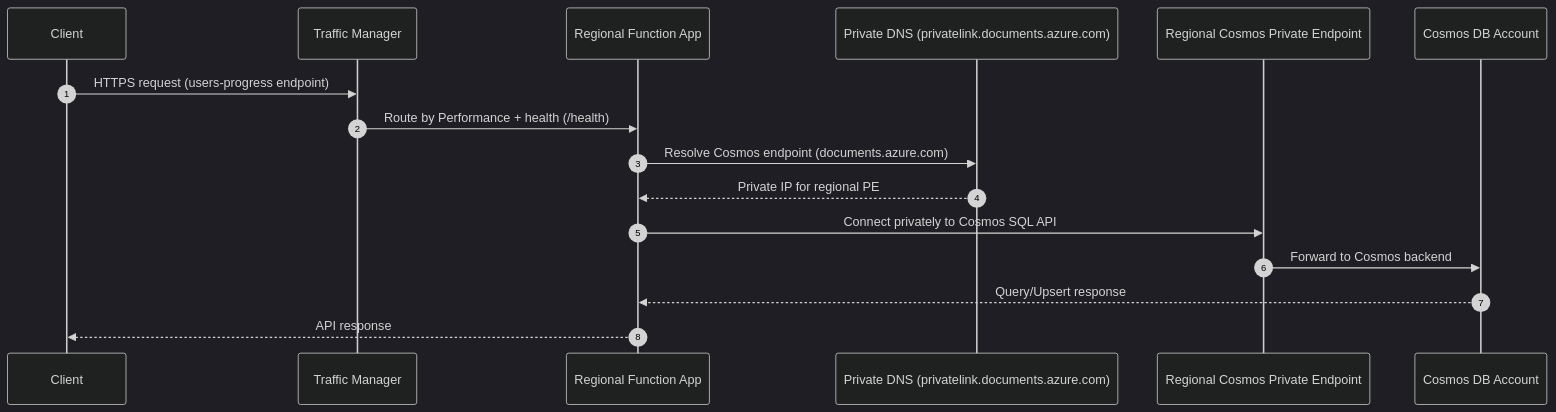
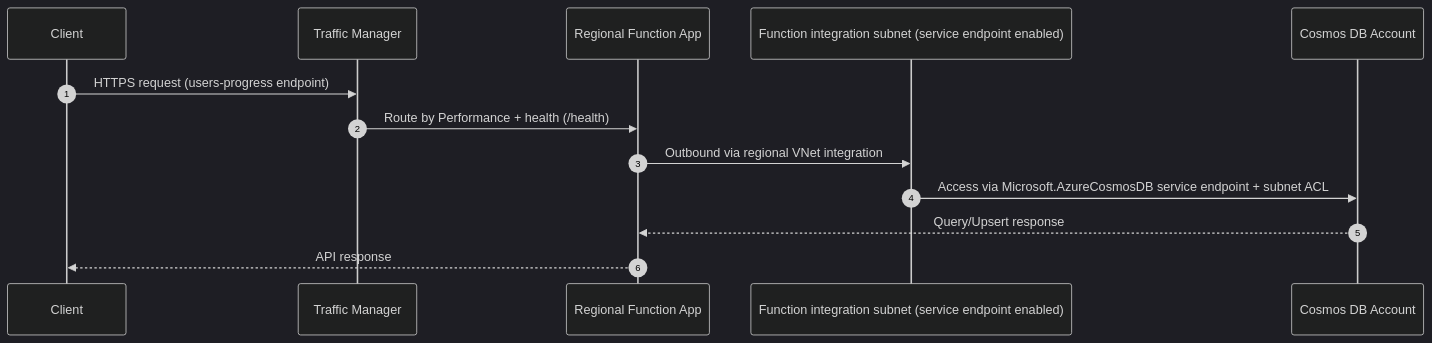
Before and after one commit to Mateus-Mannes/WriteFluency: the second of 4 diagrams in infra/users-progress/ARCHITECTURE.md, drawn with Mermaid (dark theme). The commit also changed other lines of this file and 5 other files, not shown here.

Commit message:
Migrate Cosmos networking to service endpoints and remove private endpoints

````diff
--- a/infra/users-progress/ARCHITECTURE.md
+++ b/infra/users-progress/ARCHITECTURE.md
@@ -75,19 +63,16 @@
 ```mermaid
 sequenceDiagram
   autonumber
   participant C as Client
   participant TM as Traffic Manager
   participant F as Regional Function App
-  participant DNS as Private DNS (privatelink.documents.azure.com)
-  participant PE as Regional Cosmos Private Endpoint
+  participant VNET as Function integration subnet (service endpoint enabled)
   participant COS as Cosmos DB Account
 
   C->>TM: HTTPS request (users-progress endpoint)
   TM->>F: Route by Performance + health (/health)
-  F->>DNS: Resolve Cosmos endpoint (documents.azure.com)
-  DNS-->>F: Private IP for regional PE
-  F->>PE: Connect privately to Cosmos SQL API
-  PE->>COS: Forward to Cosmos backend
+  F->>VNET: Outbound via regional VNet integration
+  VNET->>COS: Access via Microsoft.AzureCosmosDB service endpoint + subnet ACL
   COS-->>F: Query/Upsert response
   F-->>C: API response
 ```
````
